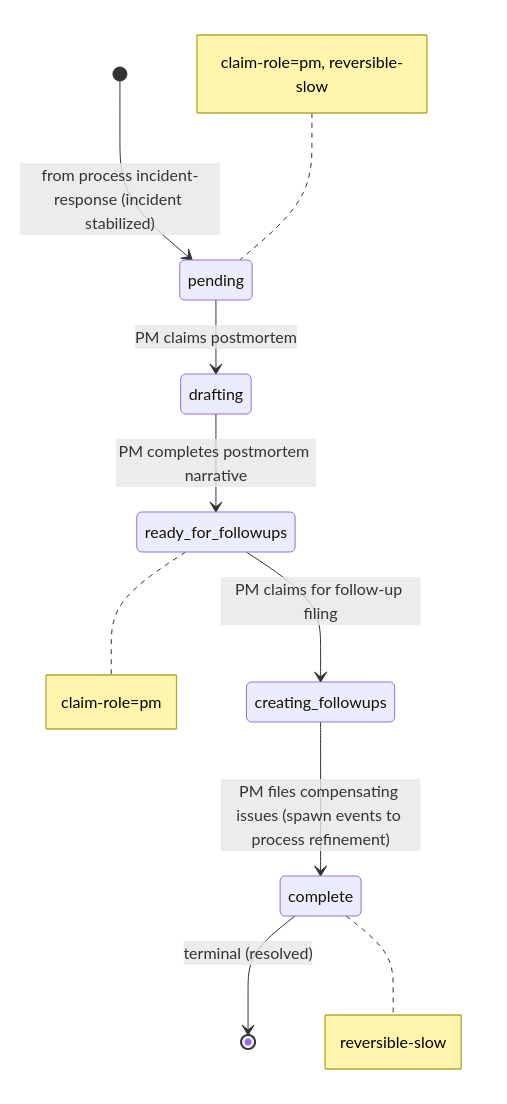
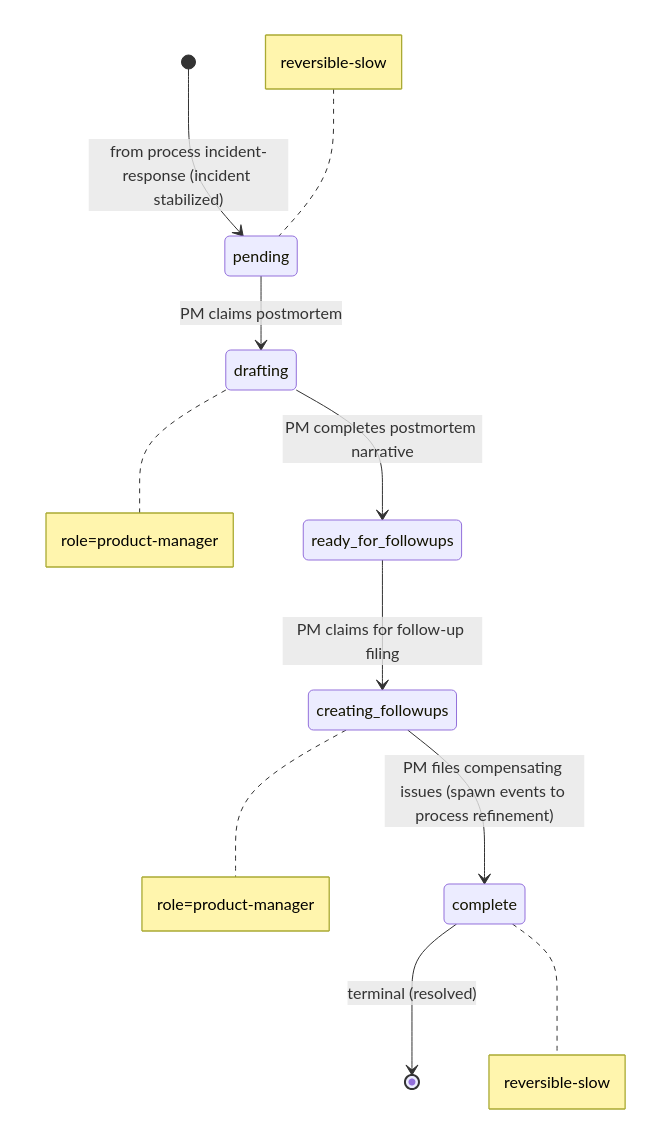
One commit to blemees/blemees-workflow changed the diagram in examples/workflows/postmortem-states.mermaid. Above: the diagram before and after it, drawn with Mermaid. The commit also changed 65 other files, not shown here.

```diff
--- a/examples/workflows/postmortem-states.mermaid
+++ b/examples/workflows/postmortem-states.mermaid
@@ -1,15 +1,16 @@
 stateDiagram-v2
     %% Cross-process interfaces:
     %%   Entry (spawn ): pending from process incident-response
     %%
 
     [*] --> pending: from process incident-response (incident stabilized)
     pending --> drafting: PM claims postmortem
     drafting --> ready_for_followups: PM completes postmortem narrative
     ready_for_followups --> creating_followups: PM claims for follow-up filing
     creating_followups --> complete: PM files compensating issues (spawn events to process refinement)
     complete --> [*]: terminal (resolved)
 
-    note left of pending: claim-role=pm, reversible-slow
-    note right of ready_for_followups: claim-role=pm
+    note left of pending: reversible-slow
+    note right of drafting: role=product-manager
+    note right of creating_followups: role=product-manager
     note right of complete: reversible-slow
```
